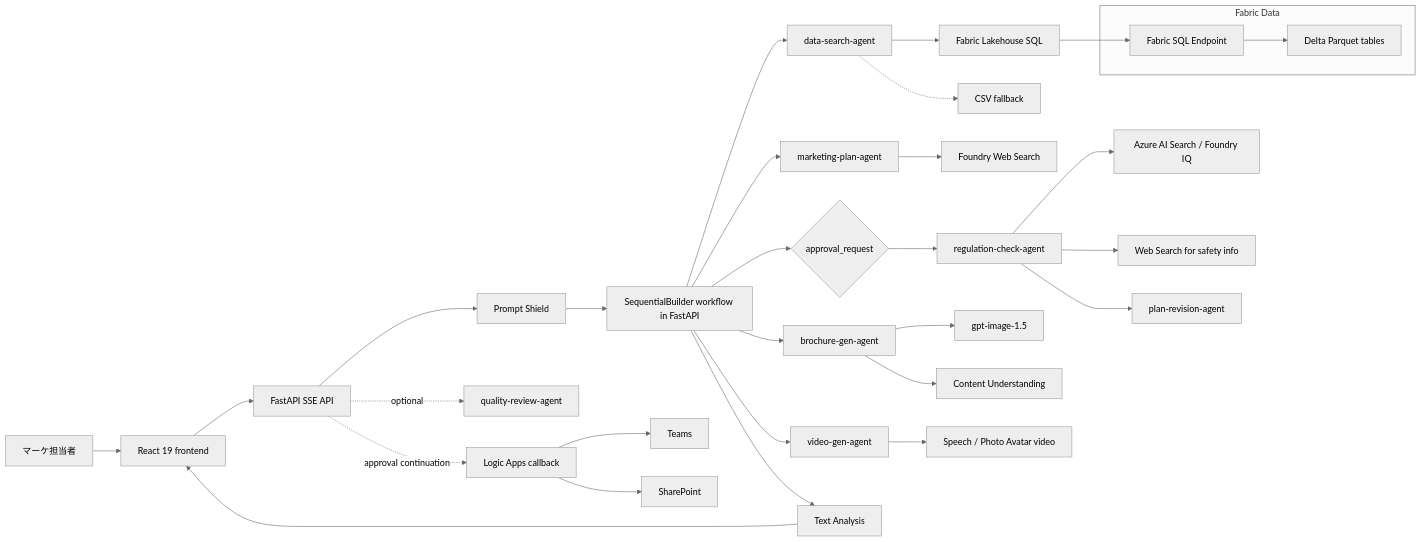
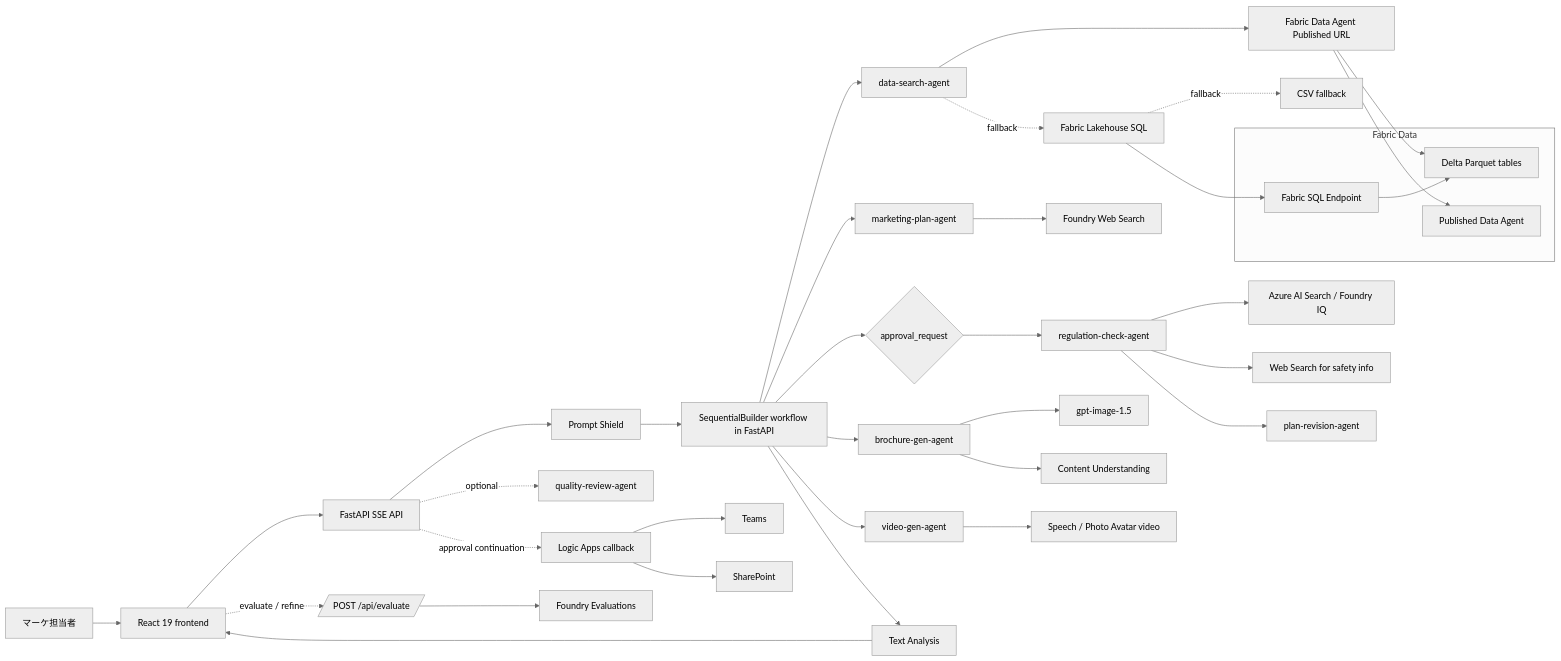
The first of 2 diagrams in docs/azure-architecture.md (naoki1213mj/travel-marketing-ai), drawn with Mermaid (neutral theme) before and after one commit. The commit also changed other lines of this file and 8 other files, not shown here.

````diff
--- a/docs/azure-architecture.md
+++ b/docs/azure-architecture.md
@@ -7,43 +7,49 @@
 ```mermaid
 flowchart LR
     user[マーケ担当者] --> ui[React 19 frontend]
     ui --> api[FastAPI SSE API]
+    ui -. evaluate / refine .-> eval[/POST /api/evaluate/]
+    eval --> foundryEval[Foundry Evaluations]
     api --> inputshield[Prompt Shield]
     inputshield --> flow[SequentialBuilder workflow in FastAPI]
 
     flow --> a1[data-search-agent]
-    a1 --> fabric[Fabric Lakehouse SQL]
-    a1 -.-> csv[CSV fallback]
+    a1 --> dataAgent[Fabric Data Agent Published URL]
+    dataAgent --> fabricDelta[Lakehouse tables]
+    a1 -. fallback .-> fabric[Fabric Lakehouse SQL]
+    fabric -. fallback .-> csv[CSV fallback]
 
     flow --> a2[marketing-plan-agent]
     a2 --> web[Foundry Web Search]
 
     flow --> approval{approval_request}
     approval --> a3a[regulation-check-agent]
     a3a --> search[Azure AI Search / Foundry IQ]
     a3a --> safetyweb[Web Search for safety info]
 
     a3a --> a3b[plan-revision-agent]
 
     flow --> a4[brochure-gen-agent]
     a4 --> image[gpt-image-1.5]
     a4 --> cu[Content Understanding]
 
     flow --> a5[video-gen-agent]
     a5 --> speech[Speech / Photo Avatar video]
 
     flow --> outputsafety[Text Analysis]
 
     subgraph fabricLayer[Fabric Data]
         fabricSQL[Fabric SQL Endpoint]
+        fabricAgent[Published Data Agent]
         fabricDelta[Delta Parquet tables]
     end
     fabric --> fabricSQL
+    dataAgent --> fabricAgent
     fabricSQL --> fabricDelta
     outputsafety --> ui
 
     api -. optional .-> review[quality-review-agent]
     api -. approval continuation .-> logic[Logic Apps callback]
     logic --> teams[Teams]
     logic --> sharepoint[SharePoint]
 ```
````
